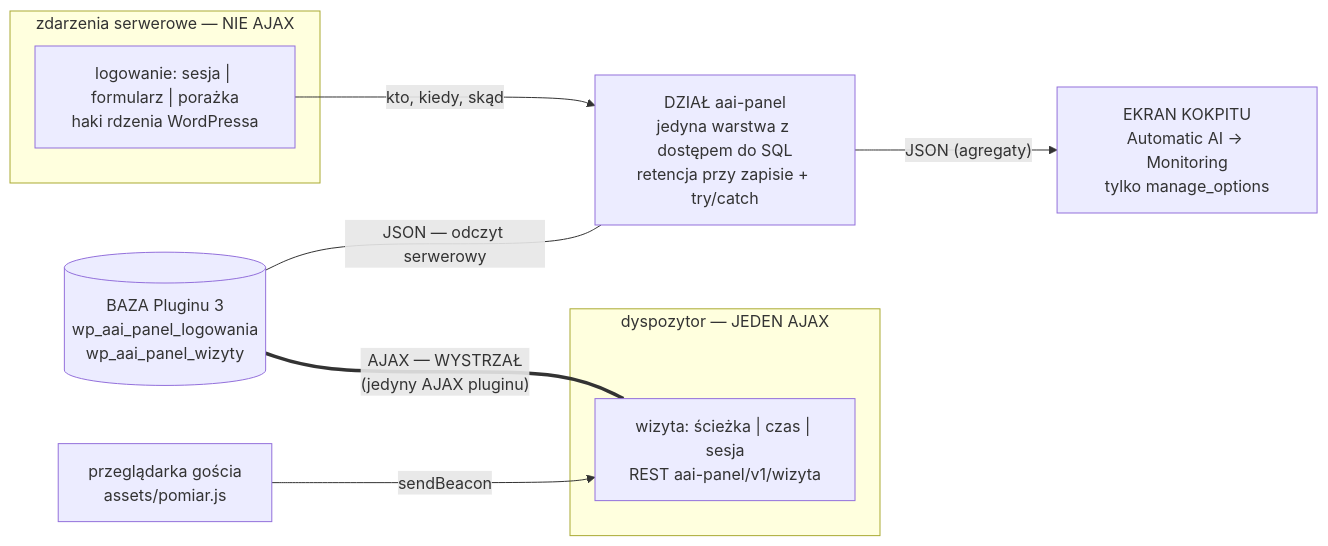
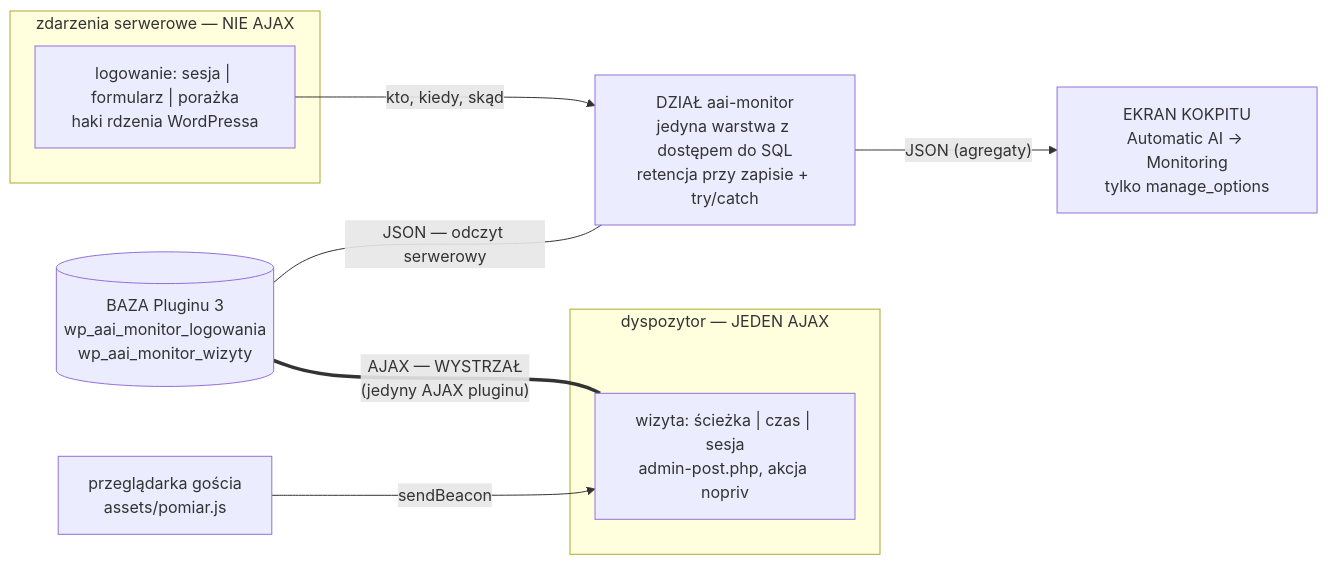
Before and after one commit to krzysiek2115op/aai-platforma-szkolen: the first of 4 diagrams in docs/plugin-3/DIAGRAM.md, drawn with Mermaid. The commit also changed other lines of this file and 1 other file, not shown here.

First line of the commit message:
Wystrzał Pluginu 3 idzie konwencją projektu, a wtyczka traci mylącą nazwę

````diff
--- a/docs/plugin-3/DIAGRAM.md
+++ b/docs/plugin-3/DIAGRAM.md
@@ -131,23 +131,23 @@
 ```mermaid
 flowchart LR
-    BAZA[("BAZA Pluginu 3<br/>wp_aai_panel_logowania<br/>wp_aai_panel_wizyty")]
+    BAZA[("BAZA Pluginu 3<br/>wp_aai_monitor_logowania<br/>wp_aai_monitor_wizyty")]
 
-    DZIAL["DZIAŁ aai-panel<br/>jedyna warstwa z dostępem do SQL<br/>retencja przy zapisie + try/catch"]
+    DZIAL["DZIAŁ aai-monitor<br/>jedyna warstwa z dostępem do SQL<br/>retencja przy zapisie + try/catch"]
 
     subgraph AKCJE["dyspozytor — JEDEN AJAX"]
-        DY["wizyta: ścieżka | czas | sesja<br/>REST aai-panel/v1/wizyta"]
+        DY["wizyta: ścieżka | czas | sesja<br/>admin-post.php, akcja nopriv"]
     end
 
     subgraph ZDARZENIA["zdarzenia serwerowe — NIE AJAX"]
         ZD["logowanie: sesja | formularz | porażka<br/>haki rdzenia WordPressa"]
     end
 
     PRZEGL["przeglądarka gościa<br/>assets/pomiar.js"]
     EKRAN["EKRAN KOKPITU<br/>Automatic AI → Monitoring<br/>tylko manage_options"]
 
     BAZA ---|"JSON — odczyt serwerowy"| DZIAL
     DZIAL -->|"JSON (agregaty)"| EKRAN
     BAZA ===|"AJAX — WYSTRZAŁ<br/>(jedyny AJAX pluginu)"| DY
     PRZEGL -->|"sendBeacon"| DY
     ZD -->|"kto, kiedy, skąd"| DZIAL
 ```
````
